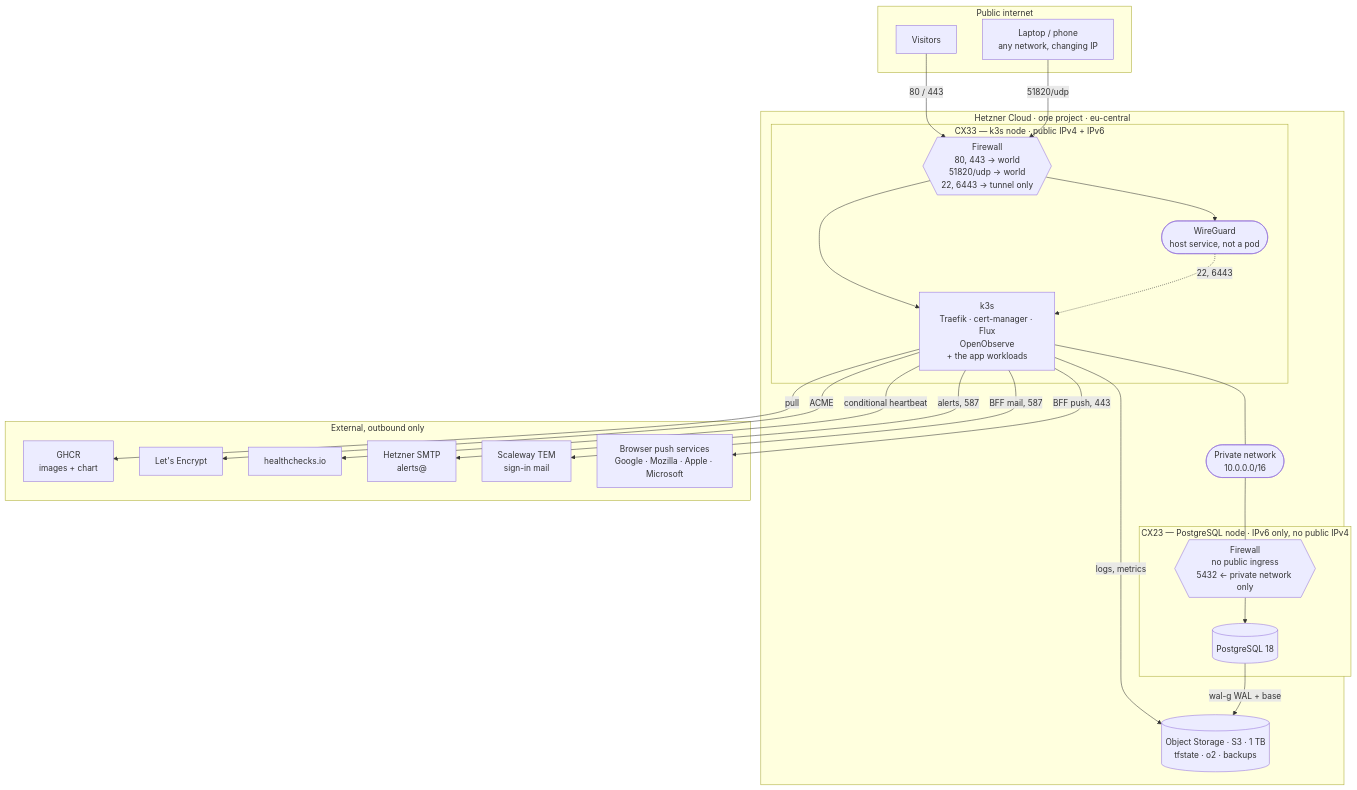
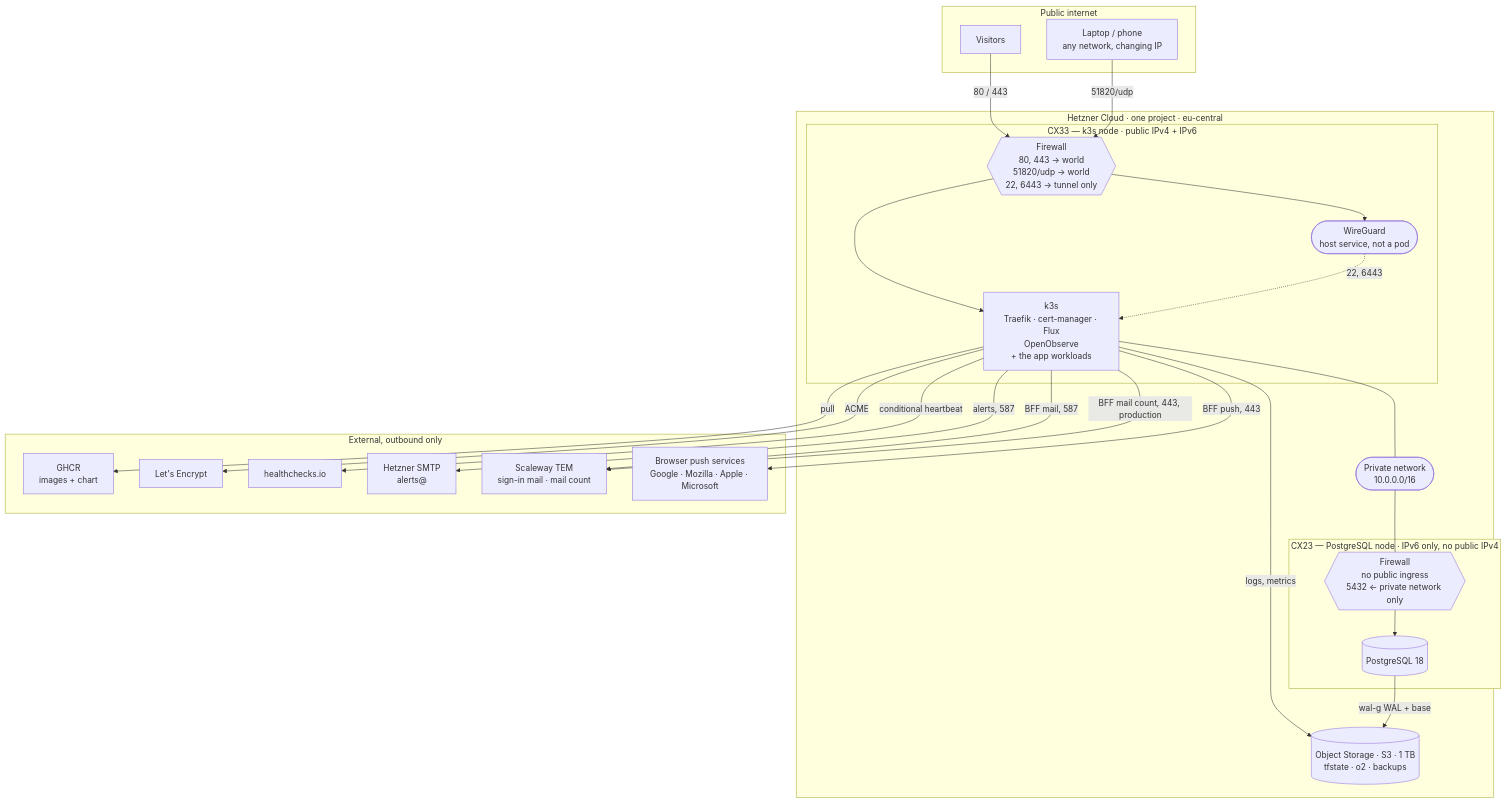
Before and after one commit to enorm-labs/event-junkie: the first of 4 diagrams in docs/ops/PLATFORM_SETUP.md, drawn with Mermaid. The commit also changed 20 other files, not shown here.

````diff
--- a/docs/ops/PLATFORM_SETUP.md
+++ b/docs/ops/PLATFORM_SETUP.md
@@ -43,47 +43,48 @@
 ```mermaid
 flowchart TB
     subgraph net["Public internet"]
         vis["Visitors"]
         dev["Laptop / phone<br/>any network, changing IP"]
     end
 
     subgraph hz["Hetzner Cloud · one project · eu-central"]
         subgraph n1["CX33 — k3s node · public IPv4 + IPv6"]
             f1{{"Firewall<br/>80, 443 → world<br/>51820/udp → world<br/>22, 6443 → tunnel only"}}
             wg(["WireGuard<br/>host service, not a pod"])
             k3s["k3s<br/>Traefik · cert-manager · Flux<br/>OpenObserve<br/>+ the app workloads"]
         end
         subgraph n2["CX23 — PostgreSQL node · IPv6 only, no public IPv4"]
             f2{{"Firewall<br/>no public ingress<br/>5432 ← private network only"}}
             pg[("PostgreSQL 18")]
         end
         pn(["Private network<br/>10.0.0.0/16"])
         os[("Object Storage · S3 · 1 TB<br/>tfstate · o2 · backups")]
     end
 
     subgraph ext["External, outbound only"]
         ghcr["GHCR<br/>images + chart"]
         le["Let's Encrypt"]
         hc["healthchecks.io"]
         sm["Hetzner SMTP<br/>alerts@"]
-        tem["Scaleway TEM<br/>sign-in mail"]
+        tem["Scaleway TEM<br/>sign-in mail · mail count"]
         wp["Browser push services<br/>Google · Mozilla · Apple · Microsoft"]
     end
 
     vis -->|"80 / 443"| f1
     dev -->|"51820/udp"| f1
     f1 --> wg
     f1 --> k3s
     wg -.->|"22, 6443"| k3s
     k3s --- pn
     pn --- f2
     f2 --> pg
     k3s -->|"logs, metrics"| os
     pg -->|"wal-g WAL + base"| os
     k3s -->|"pull"| ghcr
     k3s -->|"ACME"| le
     k3s -->|"conditional heartbeat"| hc
     k3s -->|"alerts, 587"| sm
     k3s -->|"BFF mail, 587"| tem
+    k3s -->|"BFF mail count, 443, production"| tem
     k3s -->|"BFF push, 443"| wp
 ```
````
